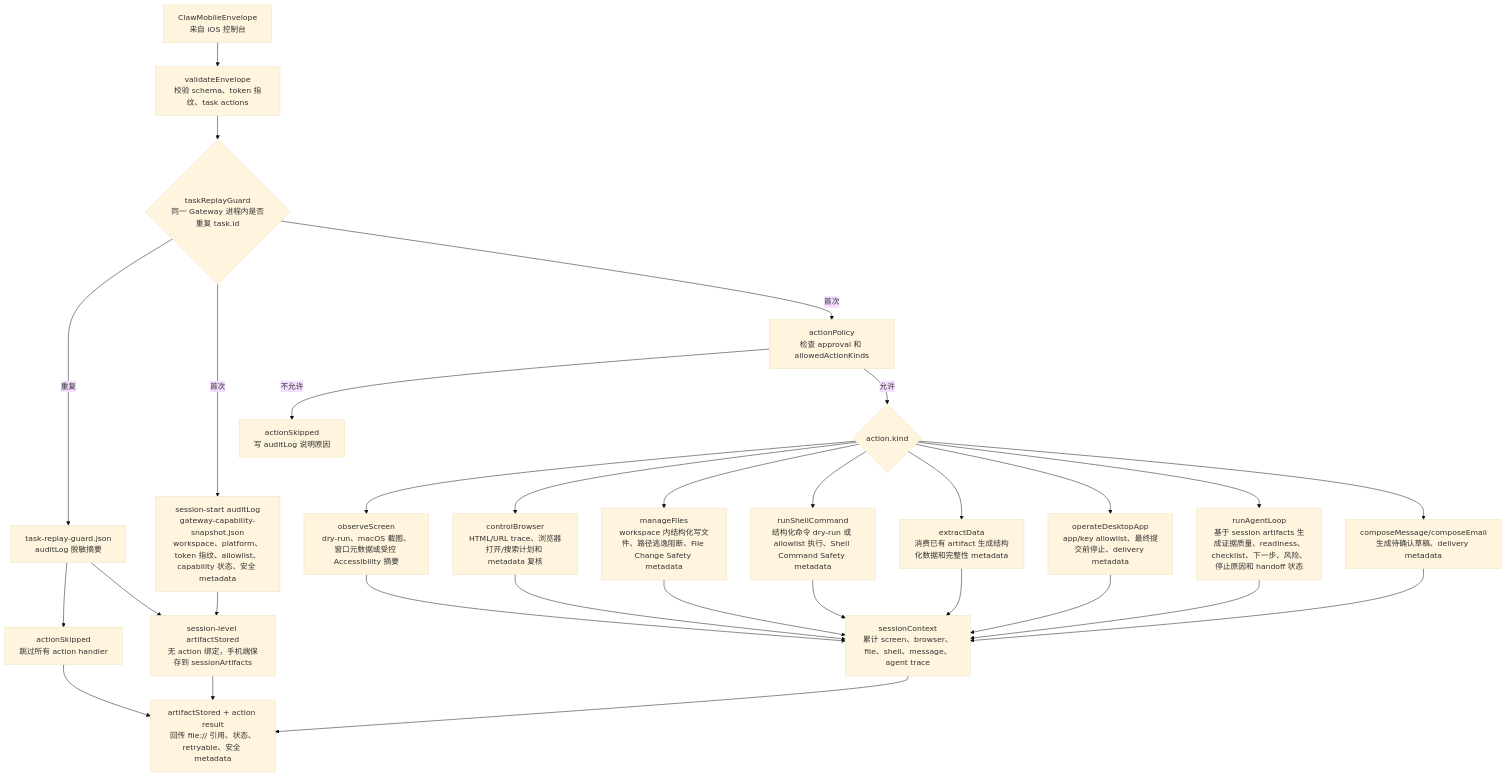
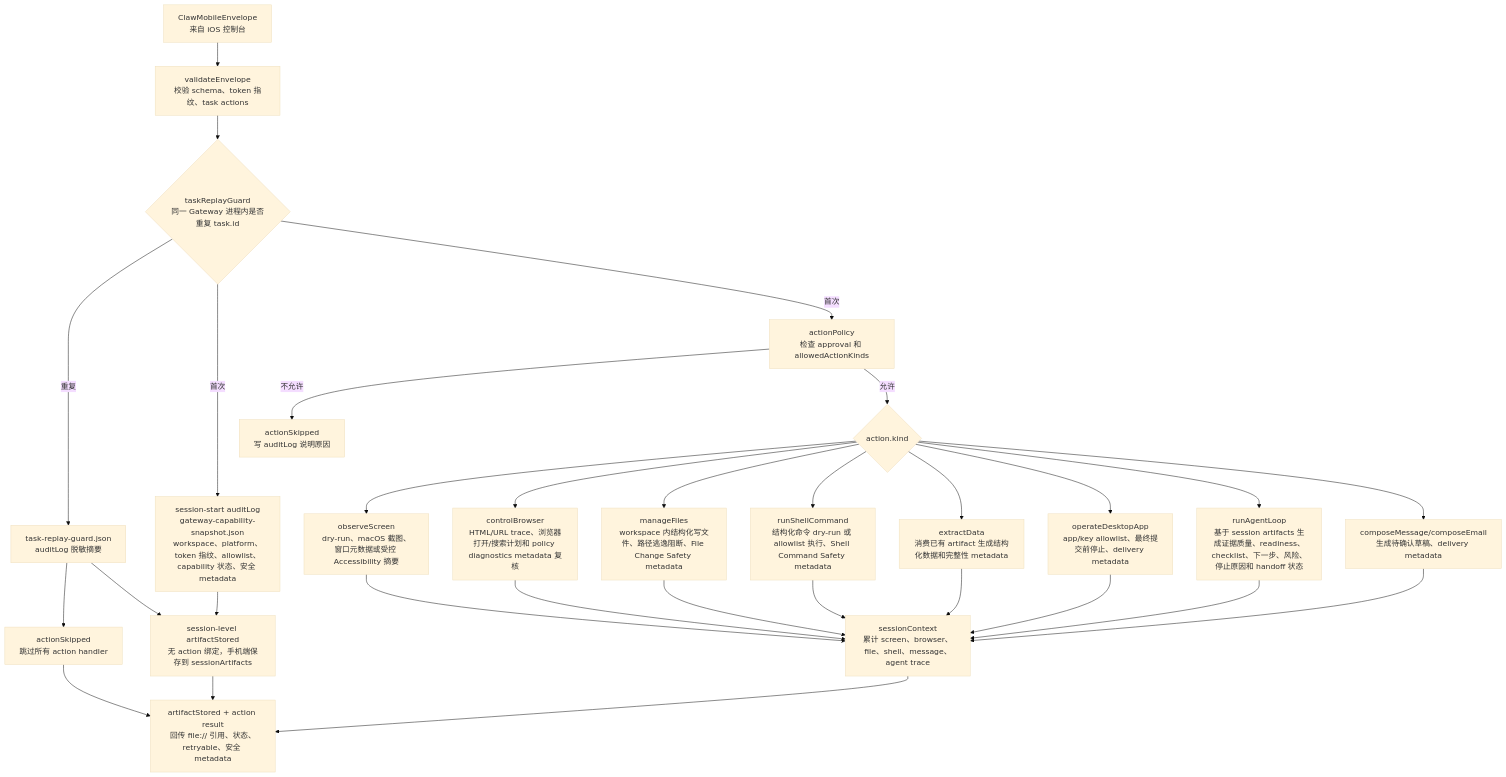
One commit to Altman-sam114/115 changed the second of 3 diagrams in md/flow/flowchart.md. Above: the diagram before and after it, drawn with Mermaid (base theme). The commit also changed 14 other files, not shown here.

Commit message:
v0.48: Browser Control Policy Diagnostics 浏览器策略诊断

````diff
--- a/md/flow/flowchart.md
+++ b/md/flow/flowchart.md
@@ -74,32 +74,32 @@
 ```mermaid
 flowchart TD
   ENV["ClawMobileEnvelope<br/>来自 iOS 控制台"] --> VAL["validateEnvelope<br/>校验 schema、token 指纹、task actions"]
   VAL --> REPLAY{"taskReplayGuard<br/>同一 Gateway 进程内是否重复 task.id"}
   REPLAY -->|"重复"| RG["task-replay-guard.json<br/>auditLog 脱敏摘要"]
   RG --> RGS["actionSkipped<br/>跳过所有 action handler"]
   RG --> SOUT
   RGS --> OUT
   REPLAY -->|"首次"| SNAP["session-start auditLog<br/>gateway-capability-snapshot.json<br/>workspace、platform、token 指纹、allowlist、capability 状态、安全 metadata"]
   REPLAY -->|"首次"| POL["actionPolicy<br/>检查 approval 和 allowedActionKinds"]
   POL -->|不允许| SKIP["actionSkipped<br/>写 auditLog 说明原因"]
   POL -->|允许| KIND{"action.kind"}
   KIND --> OBS["observeScreen<br/>dry-run、macOS 截图、窗口元数据或受控 Accessibility 摘要"]
-  KIND --> BRO["controlBrowser<br/>HTML/URL trace、浏览器打开/搜索计划和 metadata 复核"]
+  KIND --> BRO["controlBrowser<br/>HTML/URL trace、浏览器打开/搜索计划和 policy diagnostics metadata 复核"]
   KIND --> FILE["manageFiles<br/>workspace 内结构化写文件、路径逃逸阻断、File Change Safety metadata"]
   KIND --> SH["runShellCommand<br/>结构化命令 dry-run 或 allowlist 执行、Shell Command Safety metadata"]
   KIND --> EXT["extractData<br/>消费已有 artifact 生成结构化数据和完整性 metadata"]
   KIND --> APP["operateDesktopApp<br/>app/key allowlist、最终提交前停止、delivery metadata"]
   KIND --> AG["runAgentLoop<br/>基于 session artifacts 生成证据质量、readiness、checklist、下一步、风险、停止原因和 handoff 状态"]
   KIND --> MSG["composeMessage/composeEmail<br/>生成待确认草稿、delivery metadata"]
   OBS --> CTX["sessionContext<br/>累计 screen、browser、file、shell、message、agent trace"]
   BRO --> CTX
   FILE --> CTX
   SH --> CTX
   EXT --> CTX
   APP --> CTX
   AG --> CTX
   MSG --> CTX
   SNAP --> SOUT["session-level artifactStored<br/>无 action 绑定，手机端保存到 sessionArtifacts"]
   CTX --> OUT["artifactStored + action result<br/>回传 file:// 引用、状态、retryable、安全 metadata"]
   SOUT --> OUT
 ```
````
